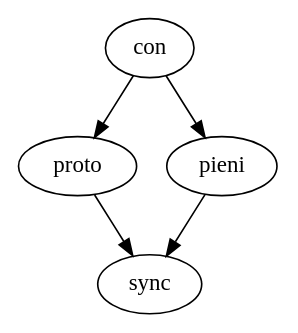
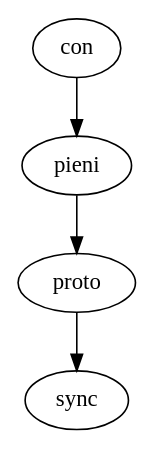
Before and after one commit to sagittar-org/pieni: the diagram in misc/dependency.dot, drawn with Graphviz. The commit also changed 1 other file, not shown here.

```diff
--- a/misc/dependency.dot
+++ b/misc/dependency.dot
@@ -1,6 +1,5 @@
 digraph dependency {
 	proto -> sync;
-	con -> proto;
 	con -> pieni;
-	pieni -> sync;
+	pieni -> proto;
 }
```
